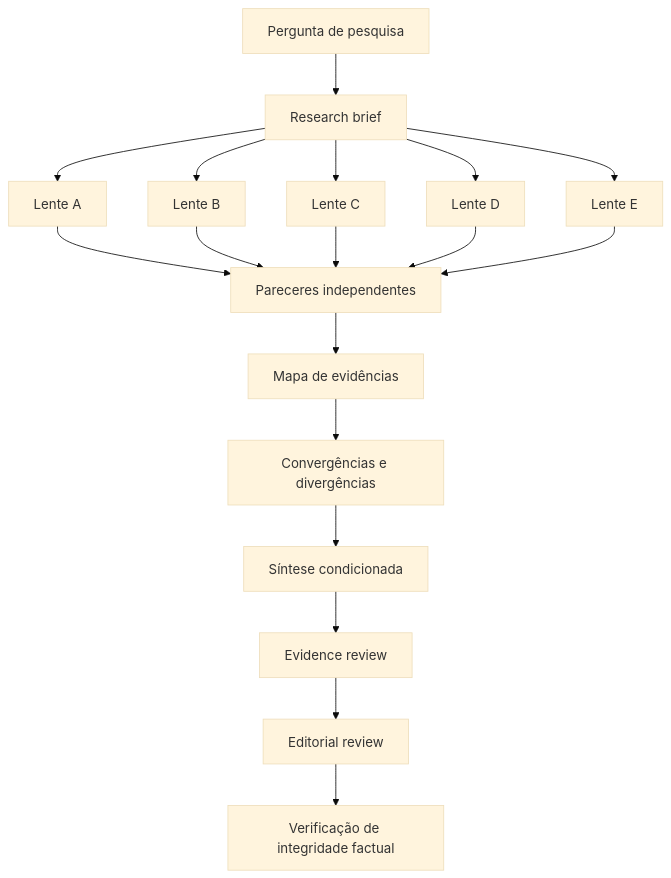
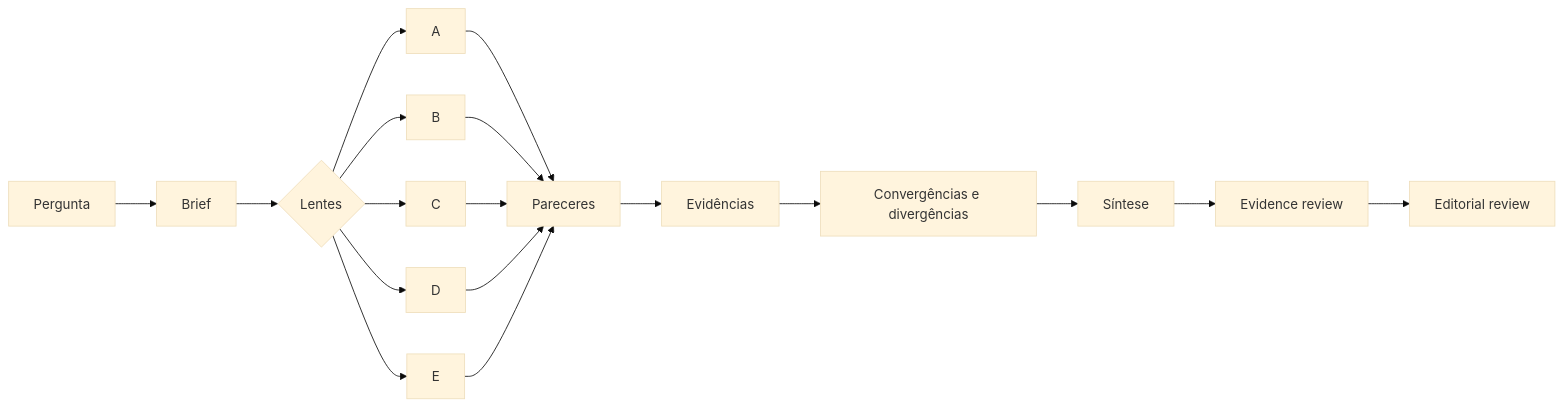
The first of 3 diagrams in README.md (mateusdka/think-tank-research-skill), drawn with Mermaid (base theme) before and after one commit. The commit also changed other lines of this file, not shown here.

Commit message:
docs: add validation evidence and compact horizontal diagrams

````diff
--- a/README.md
+++ b/README.md
@@ -28,20 +25,20 @@
 ```mermaid
-flowchart TD
-    A[Pergunta de pesquisa] --> B[Research brief]
-    B --> C1[Lente A]
-    B --> C2[Lente B]
-    B --> C3[Lente C]
-    B --> C4[Lente D]
-    B --> C5[Lente E]
-    C1 --> D[Pareceres independentes]
+flowchart LR
+    A[Pergunta] --> B[Brief]
+    B --> C{Lentes}
+    C --> C1[A]
+    C --> C2[B]
+    C --> C3[C]
+    C --> C4[D]
+    C --> C5[E]
+    C1 --> D[Pareceres]
     C2 --> D
     C3 --> D
     C4 --> D
     C5 --> D
-    D --> E[Mapa de evidências]
+    D --> E[Evidências]
     E --> F[Convergências e divergências]
-    F --> G[Síntese condicionada]
+    F --> G[Síntese]
     G --> H[Evidence review]
     H --> I[Editorial review]
-    I --> J[Verificação de integridade factual]
 ```
````
